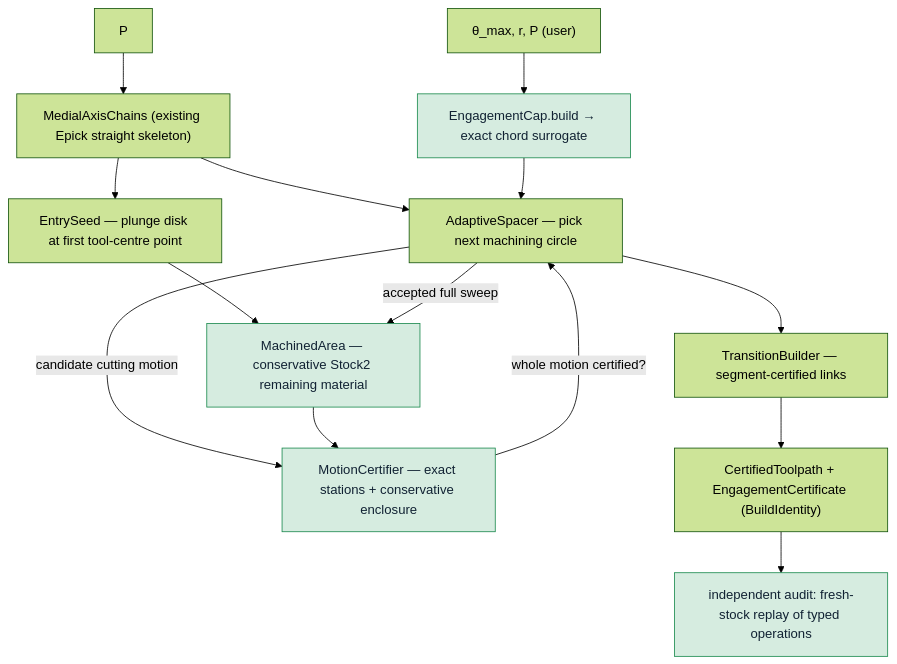
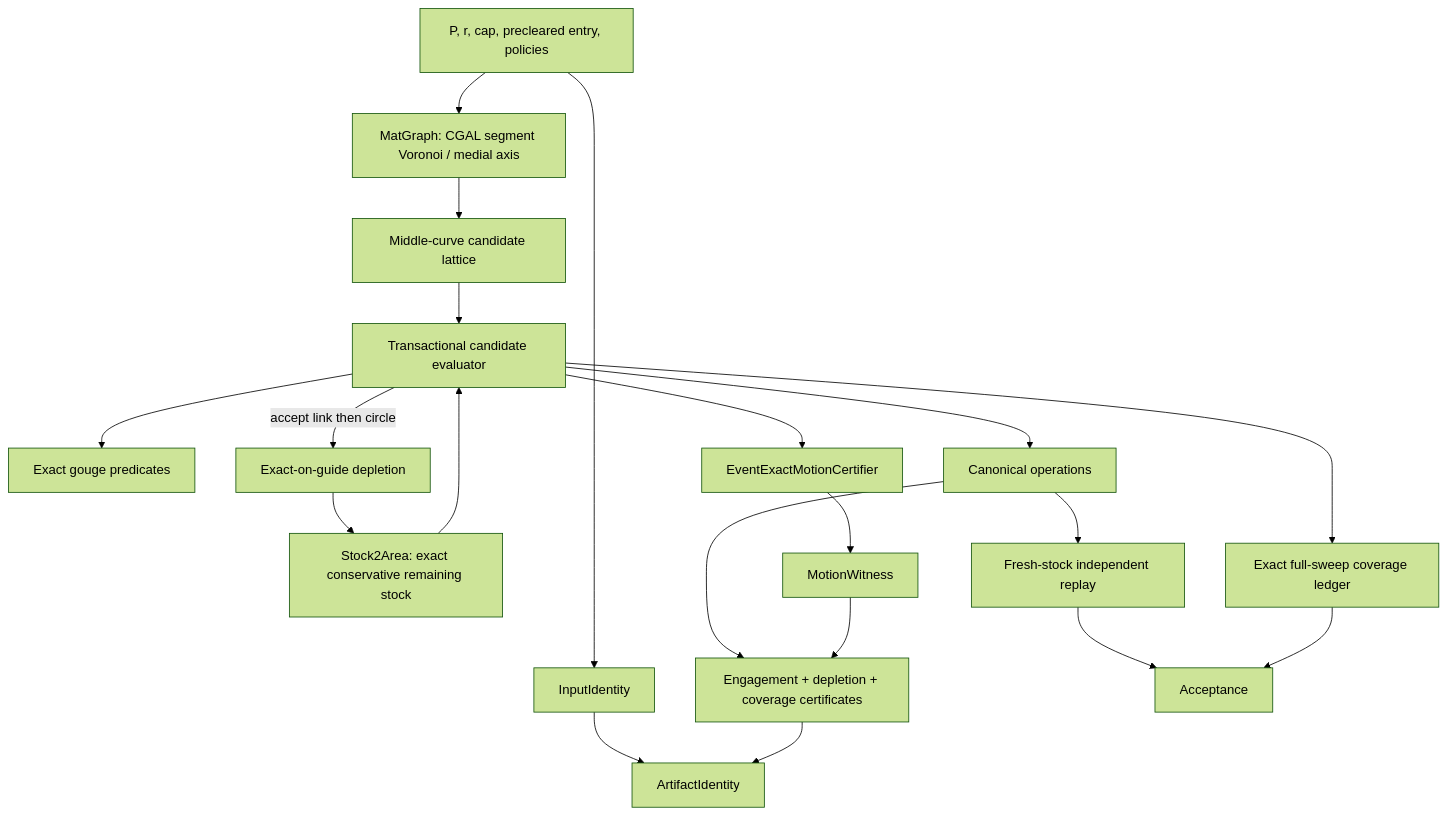
The diagram in docs/superpowers/specs/2026-07-24-exact-certified-adaptive-trochoidal-design.md (jf---/compas_cgal), drawn with Mermaid (forest theme) before and after one commit. The commit also changed other lines of this file, not shown here.

Commit message:
docs(spec): require event-exact motion proof

````diff
--- a/docs/superpowers/specs/2026-07-24-exact-certified-adaptive-trochoidal-design.md
+++ b/docs/superpowers/specs/2026-07-24-exact-certified-adaptive-trochoidal-design.md
@@ -52,18 +131,22 @@
 ```mermaid
 flowchart TD
-  U["θ_max, r, P (user)"] --> CAP["EngagementCap.build → exact chord surrogate"]
-  P --> MA["MedialAxisChains (existing Epick straight skeleton)"]
-  MA --> SEED["EntrySeed — plunge disk at first tool-centre point"]
-  SEED --> MAA
-  MA --> SP["AdaptiveSpacer — pick next machining circle"]
-  CAP --> SP
-  SP -->|candidate cutting motion| ENG["MotionCertifier — exact stations + conservative enclosure"]
-  MAA["MachinedArea — conservative Stock2 remaining material"] --> ENG
-  ENG -->|whole motion certified?| SP
-  SP -->|accepted full sweep| MAA
-  SP --> TR["TransitionBuilder — segment-certified links"]
-  TR --> PATH["CertifiedToolpath + EngagementCertificate (BuildIdentity)"]
-  PATH --> ORACLE["independent audit: fresh-stock replay of typed operations"]
-  classDef exact fill:#d6ece0,stroke:#1b8a4e,color:#123;
-  class CAP,ENG,MAA,ORACLE exact;
+  I["P, r, cap, precleared entry, policies"] --> ID["InputIdentity"]
+  I --> MAT["MatGraph: CGAL segment Voronoi / medial axis"]
+  MAT --> CP["Middle-curve candidate lattice"]
+  CP --> TX["Transactional candidate evaluator"]
+  S["Stock2Area: exact conservative remaining stock"] --> TX
+  TX --> G["Exact gouge predicates"]
+  TX --> E["EventExactMotionCertifier"]
+  E --> W["MotionWitness"]
+  TX -->|accept link then circle| D["Exact-on-guide depletion"]
+  D --> S
+  TX --> L["Exact full-sweep coverage ledger"]
+  TX --> T["Canonical operations"]
+  T --> C["Engagement + depletion + coverage certificates"]
+  W --> C
+  ID --> A["ArtifactIdentity"]
+  C --> A
+  T --> R["Fresh-stock independent replay"]
+  R --> X["Acceptance"]
+  L --> X
 ```
````
